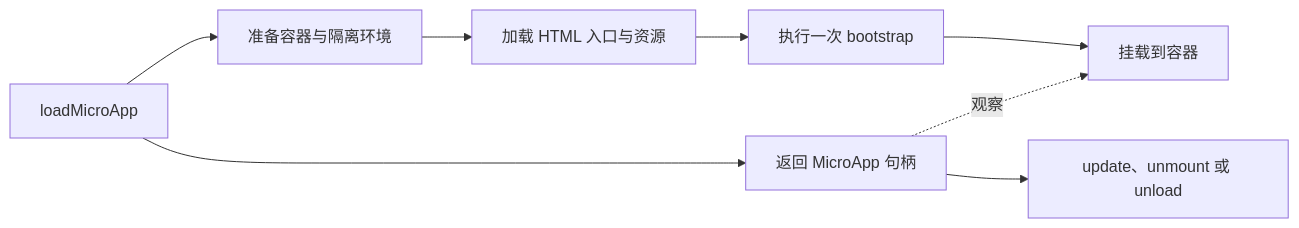
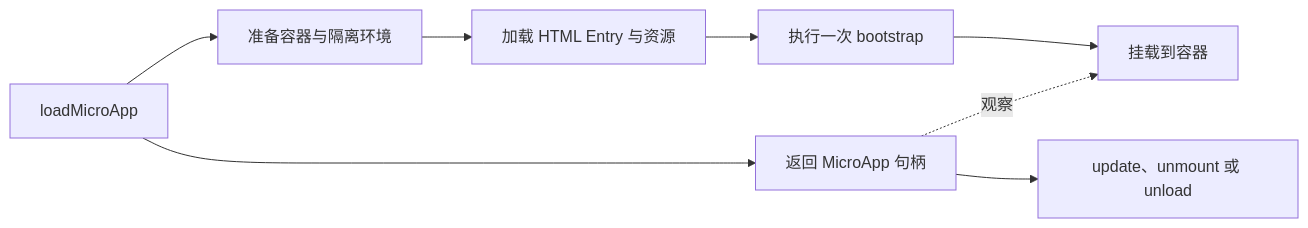
The diagram in docs/zh-CN/concepts/architecture.md (umijs/qiankun), drawn with Mermaid before and after one commit. The commit also changed other lines of this file and 80 other files, not shown here.

````diff
--- a/docs/zh-CN/concepts/architecture.md
+++ b/docs/zh-CN/concepts/architecture.md
@@ -36,10 +36,10 @@
 ```mermaid
 flowchart LR
   A[loadMicroApp] --> B[准备容器与隔离环境]
-  B --> C[加载 HTML 入口与资源]
+  B --> C[加载 HTML Entry 与资源]
   C --> D[执行一次 bootstrap]
   D --> E[挂载到容器]
   A --> F[返回 MicroApp 句柄]
   F -. 观察 .-> E
   F --> G[update、unmount 或 unload]
 ```
````
